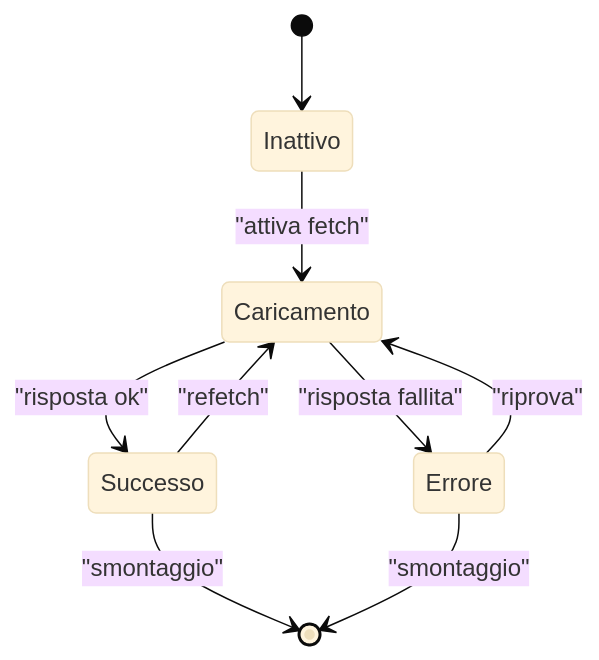
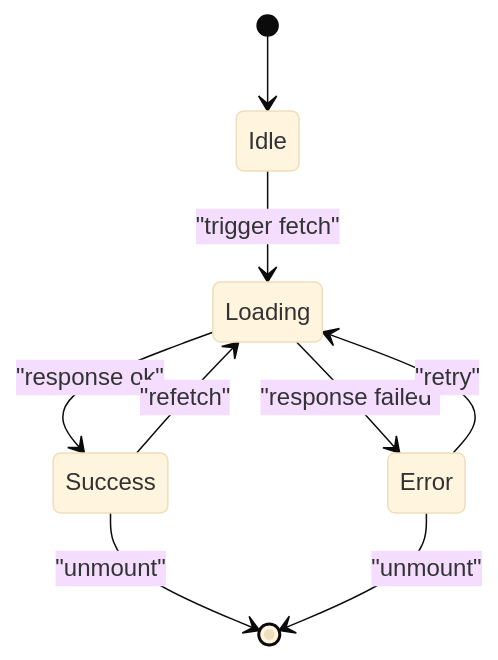
The second of 6 diagrams in arguments/chapters/it/07-data-fetching.md (BabaScience/react-guides), drawn with Mermaid (base theme) before and after one commit. The commit also changed other lines of this file and 29 other files, not shown here.

First line of the commit message:
Bring React FR/IT translations to full English parity + theme-safe diagrams

````diff
--- a/arguments/chapters/it/07-data-fetching.md
+++ b/arguments/chapters/it/07-data-fetching.md
@@ -91,11 +374,11 @@
 ```mermaid
 stateDiagram-v2
-    [*] --> Inattivo
-    Inattivo --> Caricamento: "attiva fetch"
-    Caricamento --> Successo: "risposta ok"
-    Caricamento --> Errore: "risposta fallita"
-    Successo --> Caricamento: "refetch"
-    Errore --> Caricamento: "riprova"
-    Successo --> [*]: "smontaggio"
-    Errore --> [*]: "smontaggio"
+    [*] --> Idle
+    Idle --> Loading: "trigger fetch"
+    Loading --> Success: "response ok"
+    Loading --> Error: "response failed"
+    Success --> Loading: "refetch"
+    Error --> Loading: "retry"
+    Success --> [*]: "unmount"
+    Error --> [*]: "unmount"
 ```
````
